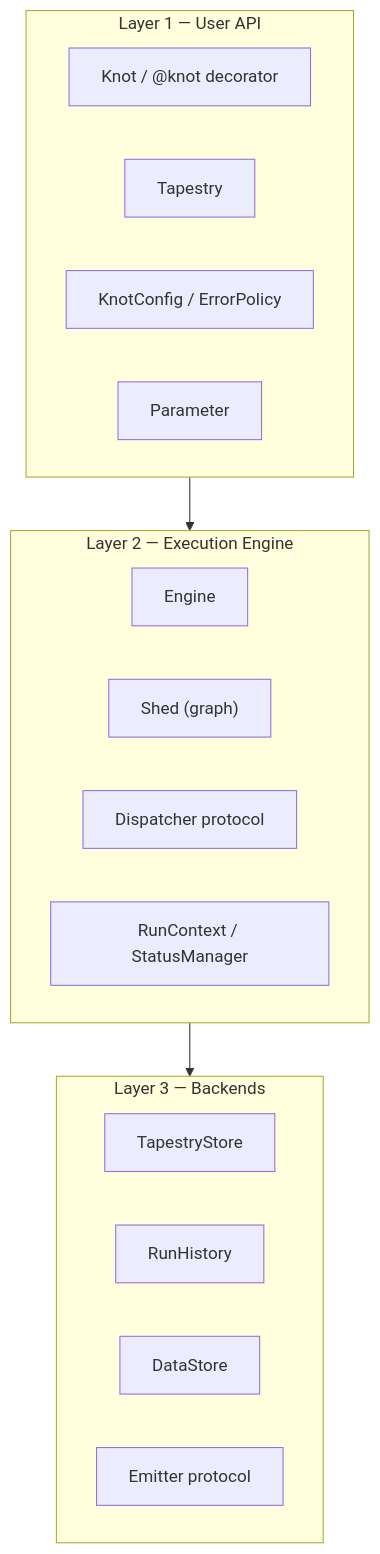
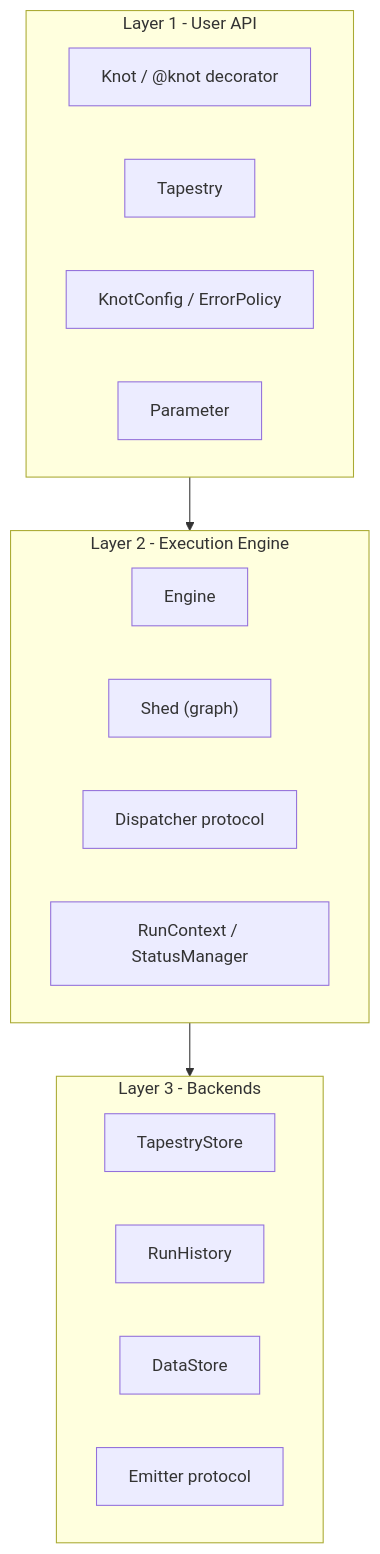
Before and after one commit to snoodleboot-io/pirn: the first of 2 diagrams in docs/architecture/overview.md, drawn with Mermaid. The commit also changed other lines of this file and 2 other files, not shown here.

Commit message:
fix: mermaid syntax errors (subgraph labels, nested loops) and rewrite yaml-loader API docs

````diff
--- a/docs/architecture/overview.md
+++ b/docs/architecture/overview.md
@@ -14,26 +14,26 @@
 ```mermaid
 graph TD
-    subgraph L1["Layer 1 — User API"]
+    subgraph L1[Layer 1 - User API]
         Knot["Knot / @knot decorator"]
         Tap["Tapestry"]
         Cfg["KnotConfig / ErrorPolicy"]
         Param["Parameter"]
     end
 
-    subgraph L2["Layer 2 — Execution Engine"]
+    subgraph L2[Layer 2 - Execution Engine]
         Engine["Engine"]
         Shed["Shed (graph)"]
         Dispatcher["Dispatcher protocol"]
         RunCtx["RunContext / StatusManager"]
     end
 
-    subgraph L3["Layer 3 — Backends"]
+    subgraph L3[Layer 3 - Backends]
         TapStore["TapestryStore"]
         History["RunHistory"]
         DataSt["DataStore"]
         Emitter["Emitter protocol"]
     end
 
     L1 --> L2
     L2 --> L3
 ```
````
